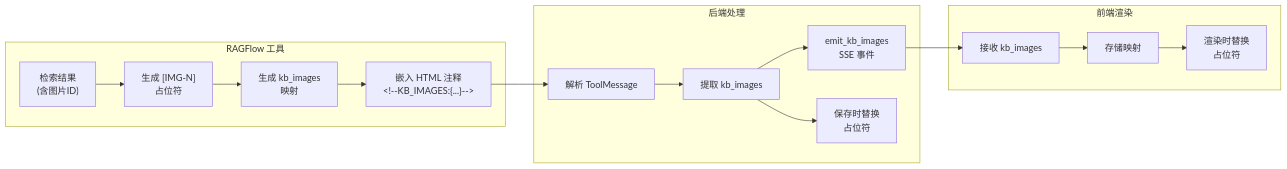
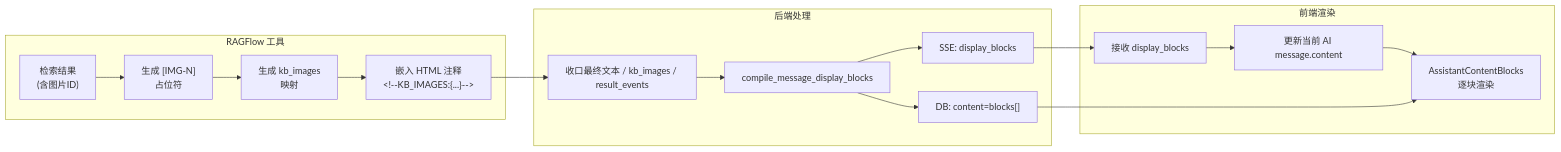
The fourth of 6 diagrams in docs/开发文档/架构设计/防屎山记录手册.md (jijingkun-commits/fastapi), drawn with Mermaid before and after one commit. The commit also changed other lines of this file and 26 other files, not shown here.

Commit message:
fix(chat): unify ordered display blocks

````diff
--- a/docs/开发文档/架构设计/防屎山记录手册.md
+++ b/docs/开发文档/架构设计/防屎山记录手册.md
@@ -1199,22 +1197,23 @@
 ```mermaid
 flowchart LR
     subgraph Tool [RAGFlow 工具]
         T1["检索结果\n(含图片ID)"] --> T2["生成 [IMG-N]\n占位符"]
         T2 --> T3["生成 kb_images\n映射"]
         T3 --> T4["嵌入 HTML 注释\n&lt;!--KB_IMAGES:{...}--&gt;"]
     end
 
     subgraph Backend [后端处理]
-        B1["解析 ToolMessage"] --> B2["提取 kb_images"]
-        B2 --> B3["emit_kb_images\nSSE 事件"]
-        B2 --> B4["保存时替换\n占位符"]
+        B1["收口最终文本 / kb_images / result_events"] --> B2["compile_message_display_blocks"]
+        B2 --> B3["SSE: display_blocks"]
+        B2 --> B4["DB: content=blocks[]"]
     end
 
     subgraph Frontend [前端渲染]
-        F1["接收 kb_images"] --> F2["存储映射"]
-        F2 --> F3["渲染时替换\n占位符"]
+        F1["接收 display_blocks"] --> F2["更新当前 AI message.content"]
+        F2 --> F3["AssistantContentBlocks\n逐块渲染"]
     end
 
     T4 --> B1
     B3 --> F1
+    B4 --> F3
 ```
````
